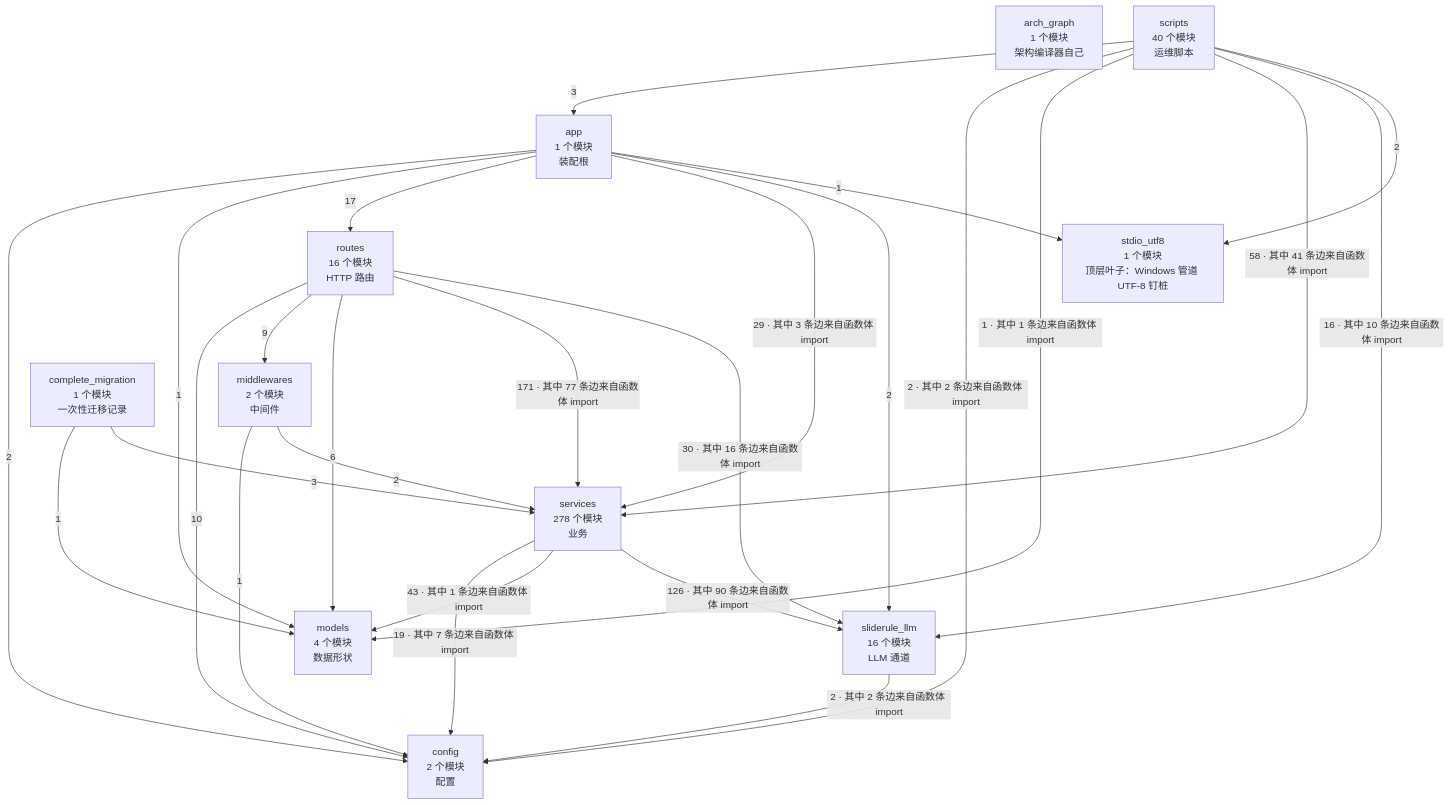
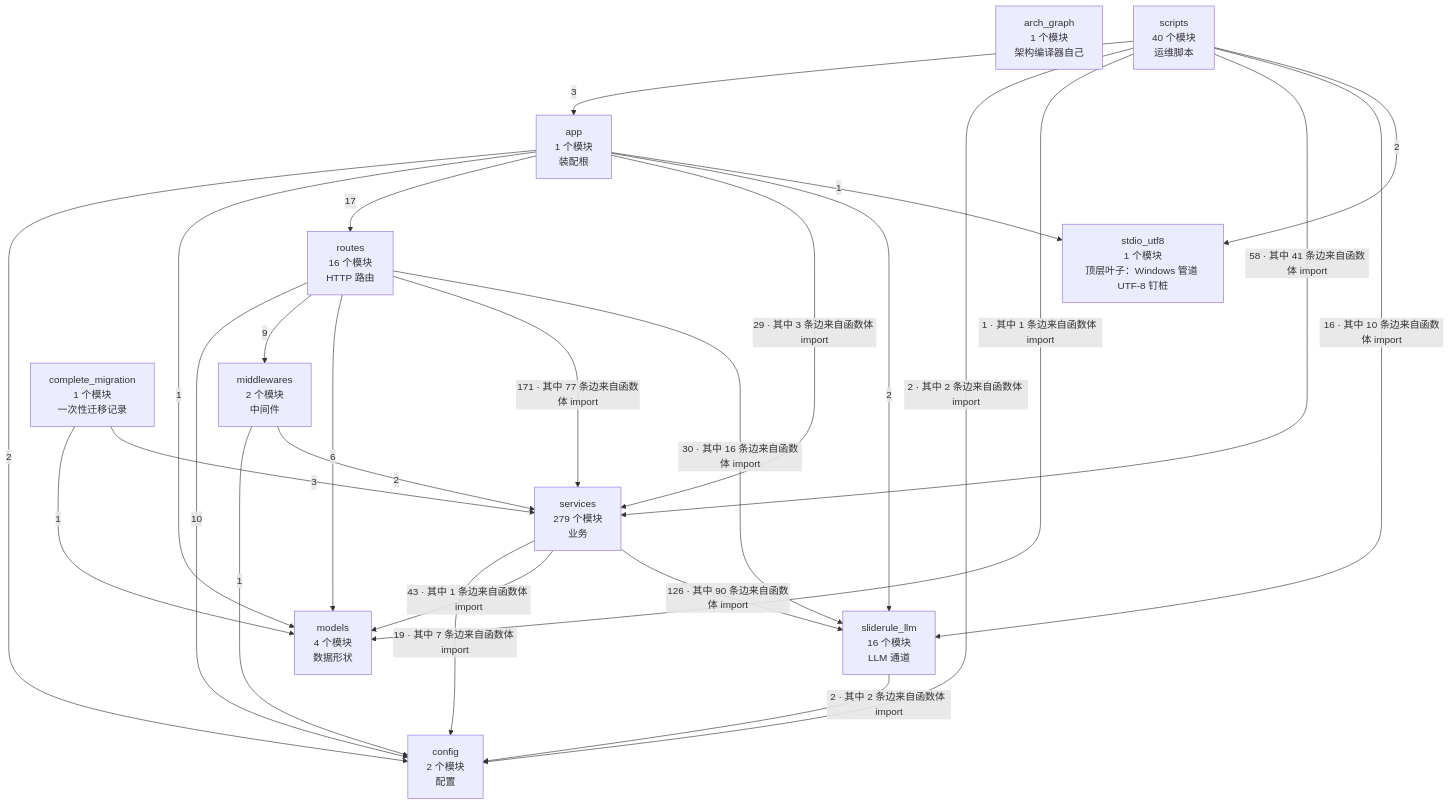
Before and after one commit to 2686521696/WhyBuddy: the second of 4 diagrams in docs/SlideRule V6.2 架构图（自动生成）.md, drawn with Mermaid. The commit also changed other lines of this file and 12 other files, not shown here.

````diff
--- a/docs/SlideRule V6.2 架构图（自动生成）.md
+++ b/docs/SlideRule V6.2 架构图（自动生成）.md
@@ -62,39 +62,39 @@
 ```mermaid
 flowchart TB
   arch_graph["arch_graph<br/>1 个模块<br/>架构编译器自己"]
   config["config<br/>2 个模块<br/>配置"]
   models["models<br/>4 个模块<br/>数据形状"]
   stdio_utf8["stdio_utf8<br/>1 个模块<br/>顶层叶子：Windows 管道 UTF-8 钉桩"]
   sliderule_llm["sliderule_llm<br/>16 个模块<br/>LLM 通道"]
   middlewares["middlewares<br/>2 个模块<br/>中间件"]
-  services["services<br/>278 个模块<br/>业务"]
+  services["services<br/>279 个模块<br/>业务"]
   routes["routes<br/>16 个模块<br/>HTTP 路由"]
   app["app<br/>1 个模块<br/>装配根"]
   complete_migration["complete_migration<br/>1 个模块<br/>一次性迁移记录"]
   scripts["scripts<br/>40 个模块<br/>运维脚本"]
   app -->|2| config
   app -->|1| models
   app -->|17| routes
   app -->|29 · 其中 3 条边来自函数体 import| services
   app -->|2| sliderule_llm
   app -->|1| stdio_utf8
   complete_migration -->|1| models
   complete_migration -->|3| services
   middlewares -->|1| config
   middlewares -->|2| services
   routes -->|10| config
   routes -->|9| middlewares
   routes -->|6| models
   routes -->|171 · 其中 77 条边来自函数体 import| services
   routes -->|30 · 其中 16 条边来自函数体 import| sliderule_llm
   scripts -->|3| app
   scripts -->|2 · 其中 2 条边来自函数体 import| config
   scripts -->|1 · 其中 1 条边来自函数体 import| models
   scripts -->|58 · 其中 41 条边来自函数体 import| services
   scripts -->|16 · 其中 10 条边来自函数体 import| sliderule_llm
   scripts -->|2| stdio_utf8
   services -->|19 · 其中 7 条边来自函数体 import| config
   services -->|43 · 其中 1 条边来自函数体 import| models
   services -->|126 · 其中 90 条边来自函数体 import| sliderule_llm
   sliderule_llm -->|2 · 其中 2 条边来自函数体 import| config
 ```
````
